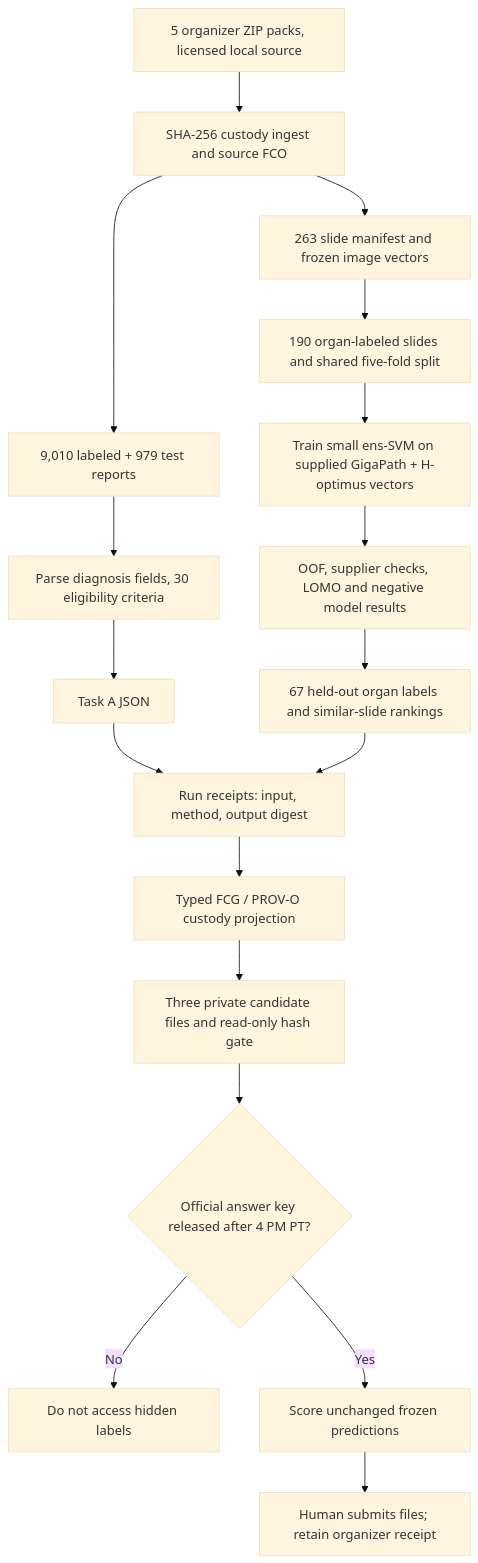
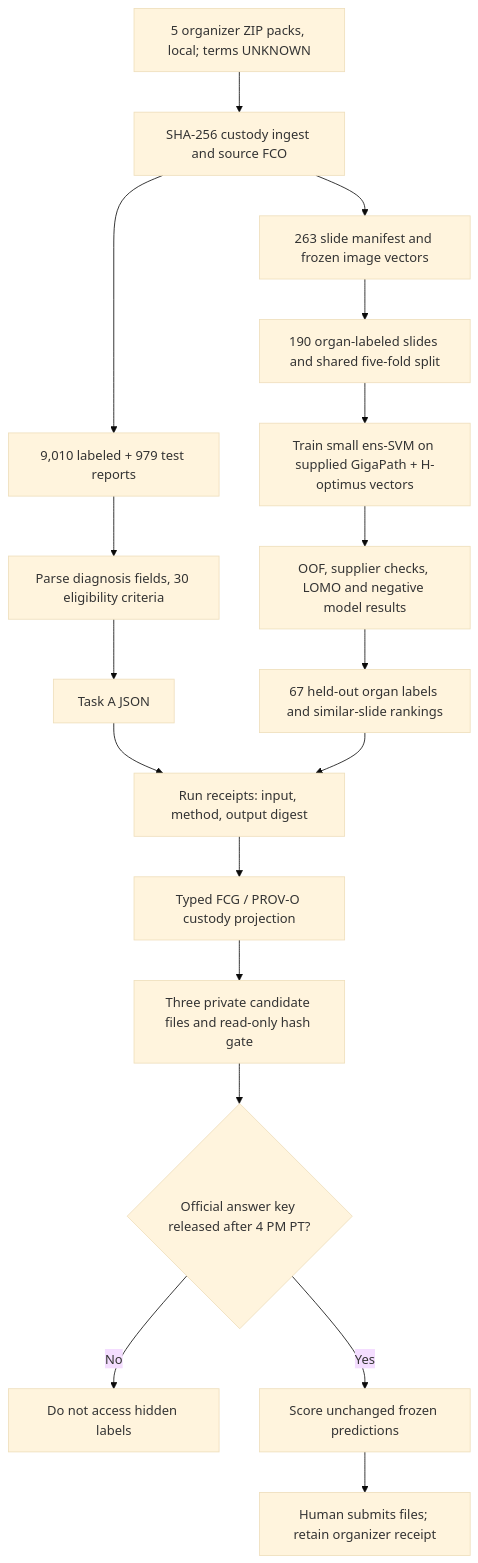
Before and after one commit to biobitworks/dna-forge: the diagram in README.md, drawn with Mermaid (base theme). The commit also changed other lines of this file and 6 other files, not shown here.

```diff
--- a/README.md
+++ b/README.md
@@ -18,20 +72,20 @@
 ~~~mermaid
 flowchart TD
-    A["5 organizer ZIP packs, licensed local source"] --> B["SHA-256 custody ingest and source FCO"]
+    A["5 organizer ZIP packs, local; terms UNKNOWN"] --> B["SHA-256 custody ingest and source FCO"]
     B --> R["9,010 labeled + 979 test reports"]
     B --> S["263 slide manifest and frozen image vectors"]
     R --> P["Parse diagnosis fields, 30 eligibility criteria"]
     P --> T["Task A JSON"]
     S --> F["190 organ-labeled slides and shared five-fold split"]
     F --> M["Train small ens-SVM on supplied GigaPath + H-optimus vectors"]
     M --> V["OOF, supplier checks, LOMO and negative model results"]
     V --> C["67 held-out organ labels and similar-slide rankings"]
     T --> G["Run receipts: input, method, output digest"]
     C --> G
     G --> H["Typed FCG / PROV-O custody projection"]
     H --> O["Three private candidate files and read-only hash gate"]
     O --> Q{"Official answer key released after 4 PM PT?"}
     Q -->|No| N["Do not access hidden labels"]
     Q -->|Yes| E["Score unchanged frozen predictions"]
     E --> U["Human submits files; retain organizer receipt"]
 ~~~
```
